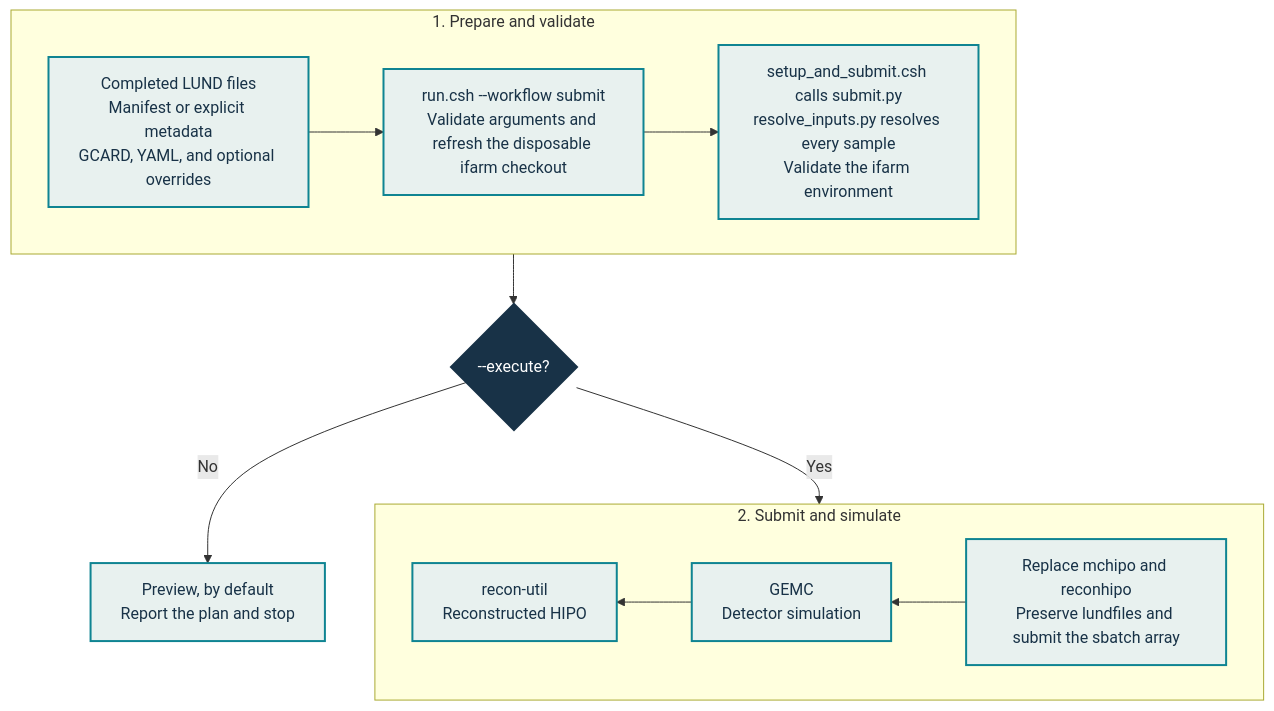
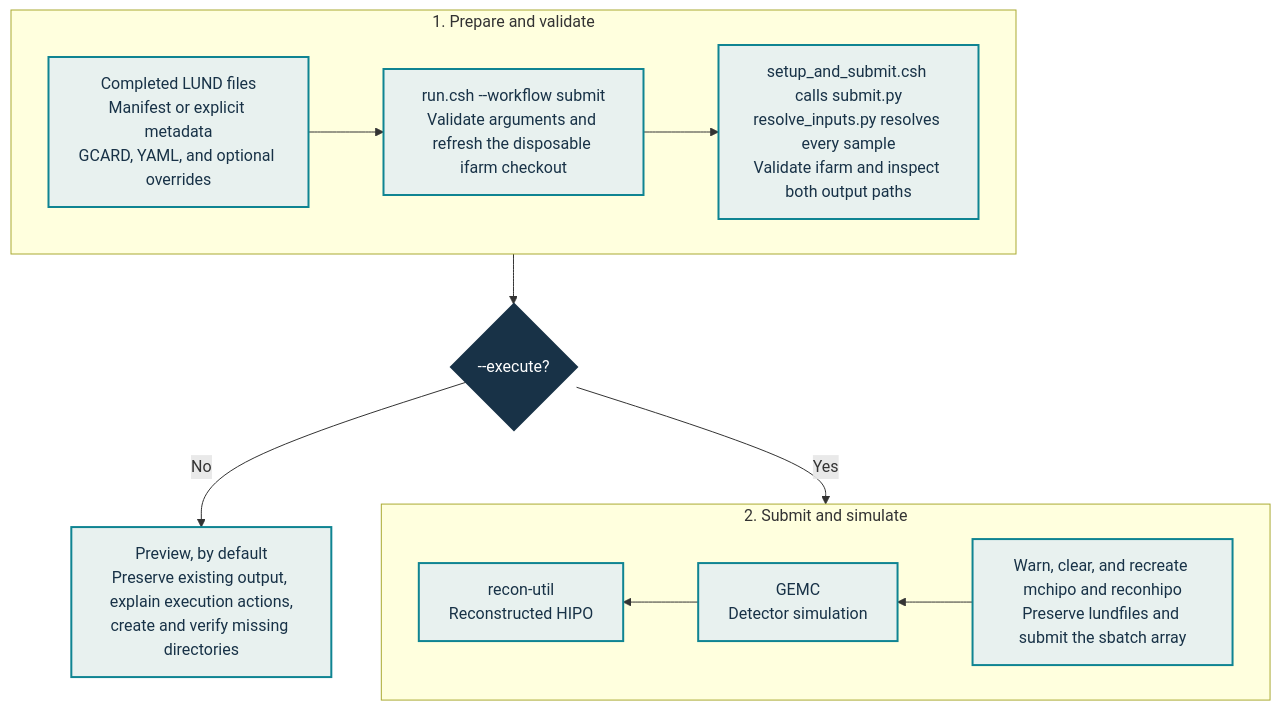
The second of 2 diagrams in docs/index.md (alons126/CLAS12-sample-generator), drawn with Mermaid before and after one commit. The commit also changed other lines of this file and 10 other files, not shown here.

````diff
--- a/docs/index.md
+++ b/docs/index.md
@@ -39,26 +39,26 @@
 ```mermaid
 flowchart TB
     subgraph PREPARE["1. Prepare and validate"]
         direction LR
         INPUTS["Completed LUND files<br/>Manifest or explicit metadata<br/>GCARD, YAML, and optional overrides"] --> ENTRY["run.csh --workflow submit<br/>Validate arguments and refresh the disposable ifarm checkout"]
-        ENTRY --> VALIDATE["setup_and_submit.csh calls submit.py<br/>resolve_inputs.py resolves every sample<br/>Validate the ifarm environment"]
+        ENTRY --> VALIDATE["setup_and_submit.csh calls submit.py<br/>resolve_inputs.py resolves every sample<br/>Validate ifarm and inspect both output paths"]
     end
 
     EXECUTE{"--execute?"}
-    PREVIEW["Preview, by default<br/>Report the plan and stop"]
+    PREVIEW["Preview, by default<br/>Preserve existing output, explain execution actions,<br/>create and verify missing directories"]
 
     subgraph SIMULATE["2. Submit and simulate"]
         direction RL
-        SUBMIT["Replace mchipo and reconhipo<br/>Preserve lundfiles and submit the sbatch array"] --> GEMC["GEMC<br/>Detector simulation"]
+        SUBMIT["Warn, clear, and recreate mchipo and reconhipo<br/>Preserve lundfiles and submit the sbatch array"] --> GEMC["GEMC<br/>Detector simulation"]
         GEMC --> RECON["recon-util<br/>Reconstructed HIPO"]
     end
 
     PREPARE --> EXECUTE
     EXECUTE -->|No| PREVIEW
     EXECUTE -->|Yes| SIMULATE
 
     classDef decision fill:#183247,color:#ffffff,stroke:#183247,stroke-width:2px;
     classDef stage fill:#e8f1ef,color:#183247,stroke:#0f8492,stroke-width:2px;
     class EXECUTE decision;
     class INPUTS,ENTRY,VALIDATE,PREVIEW,SUBMIT,GEMC,RECON stage;
 ```
````
